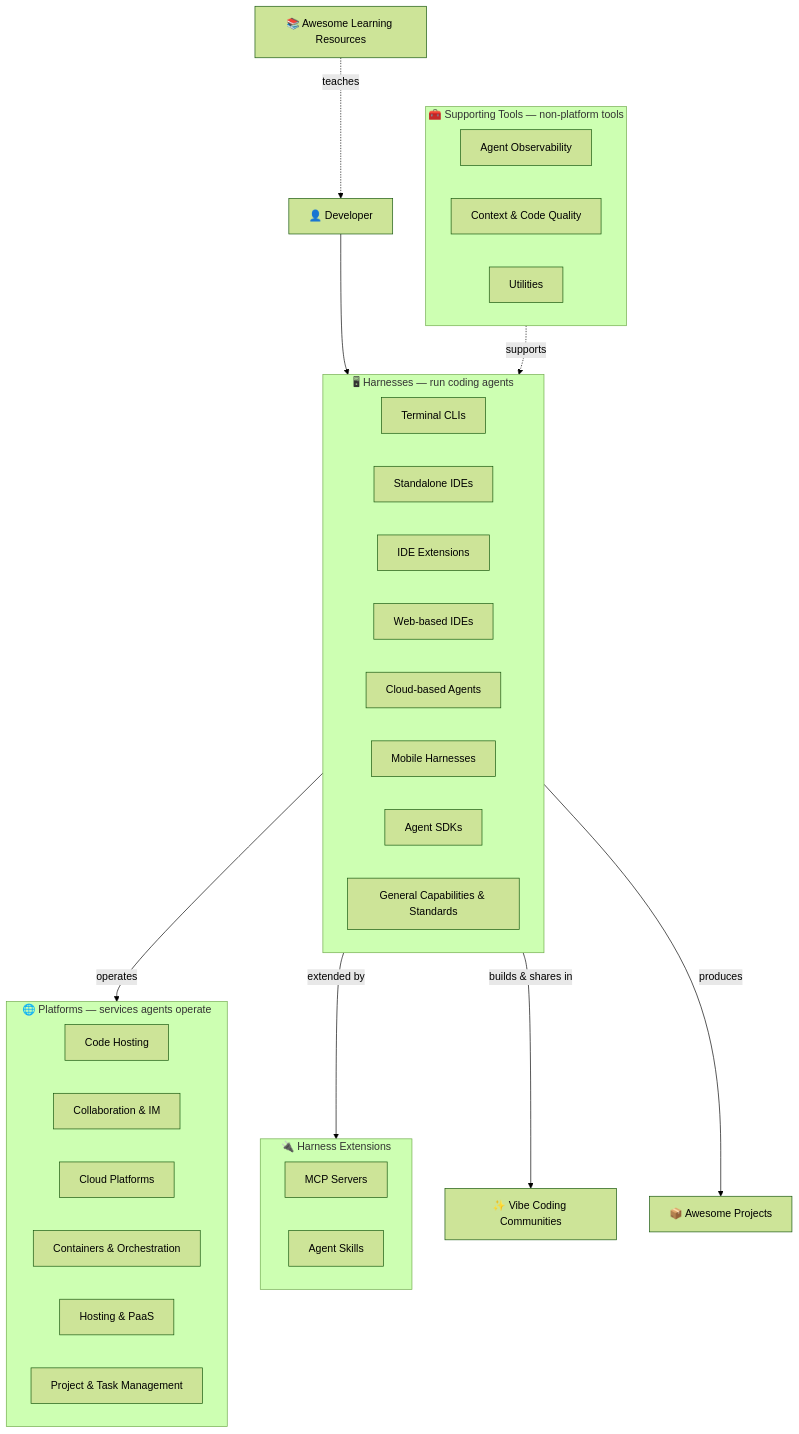
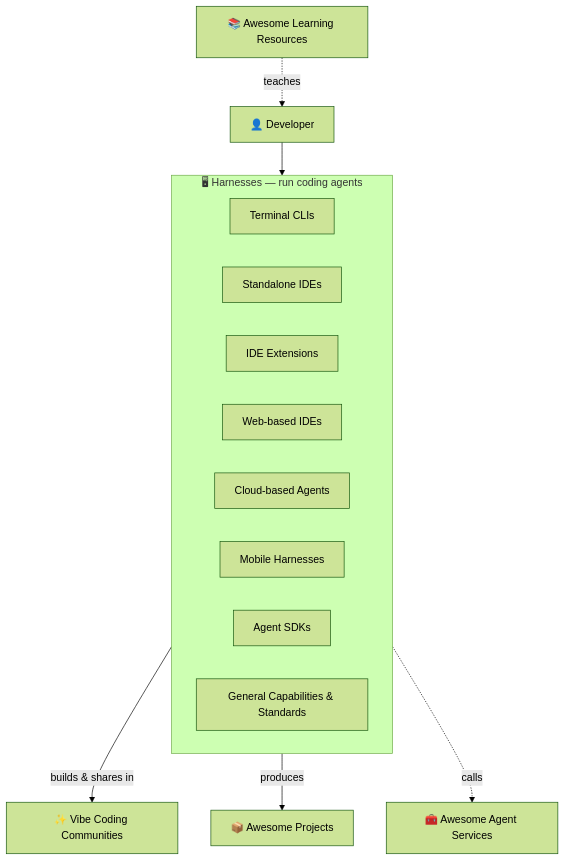
One commit to 0xWelt/Awesome-Vibe-Coding changed the diagram in README.md. Above: the diagram before and after it, drawn with Mermaid (forest theme). The commit also changed other lines of this file and 160 other files, not shown here.

First line of the commit message:
refactor: move supporting tools and services to Awesome-Agent-Services

````diff
--- a/README.md
+++ b/README.md
@@ -24,51 +26,27 @@
 ```mermaid
 flowchart TB
     Dev["👤 Developer"]
 
     subgraph harnesses["🖥 Harnesses — run coding agents"]
         direction LR
         H1["Terminal CLIs"]
         H2["Standalone IDEs"]
         H3["IDE Extensions"]
         H4["Web-based IDEs"]
         H5["Cloud-based Agents"]
         H6["Mobile Harnesses"]
         H7["Agent SDKs"]
         H8["General Capabilities & Standards"]
     end
 
-    subgraph platforms["🌐 Platforms — services agents operate"]
-        direction LR
-        P1["Code Hosting"]
-        P2["Collaboration & IM"]
-        P3["Cloud Platforms"]
-        P4["Containers & Orchestration"]
-        P5["Hosting & PaaS"]
-        P6["Project & Task Management"]
-    end
-
-    subgraph capabilities["🔌 Harness Extensions"]
-        direction LR
-        C1["MCP Servers"]
-        C2["Agent Skills"]
-    end
-
     Comm["✨ Vibe Coding Communities"]
     Proj["📦 Awesome Projects"]
     Learn["📚 Awesome Learning Resources"]
-
-    subgraph support["🧰 Supporting Tools — non-platform tools"]
-        direction LR
-        S1["Agent Observability"]
-        S2["Context & Code Quality"]
-        S3["Utilities"]
-    end
+    AAS["🧰 Awesome Agent Services"]
 
     Dev --> harnesses
-    harnesses -->|operates| platforms
-    harnesses -->|extended by| capabilities
     harnesses -->|builds & shares in| Comm
     harnesses -->|produces| Proj
-    support -.->|supports| harnesses
     Learn -.->|teaches| Dev
+    harnesses -.->|calls| AAS
 ```
````
